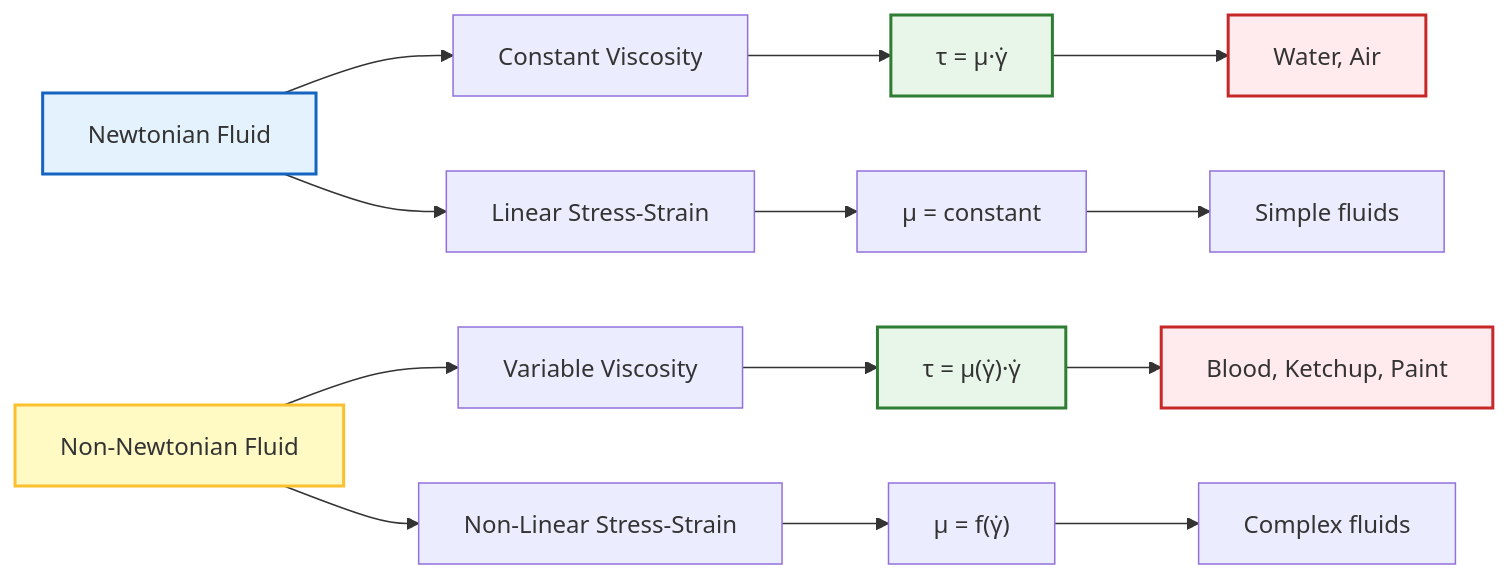
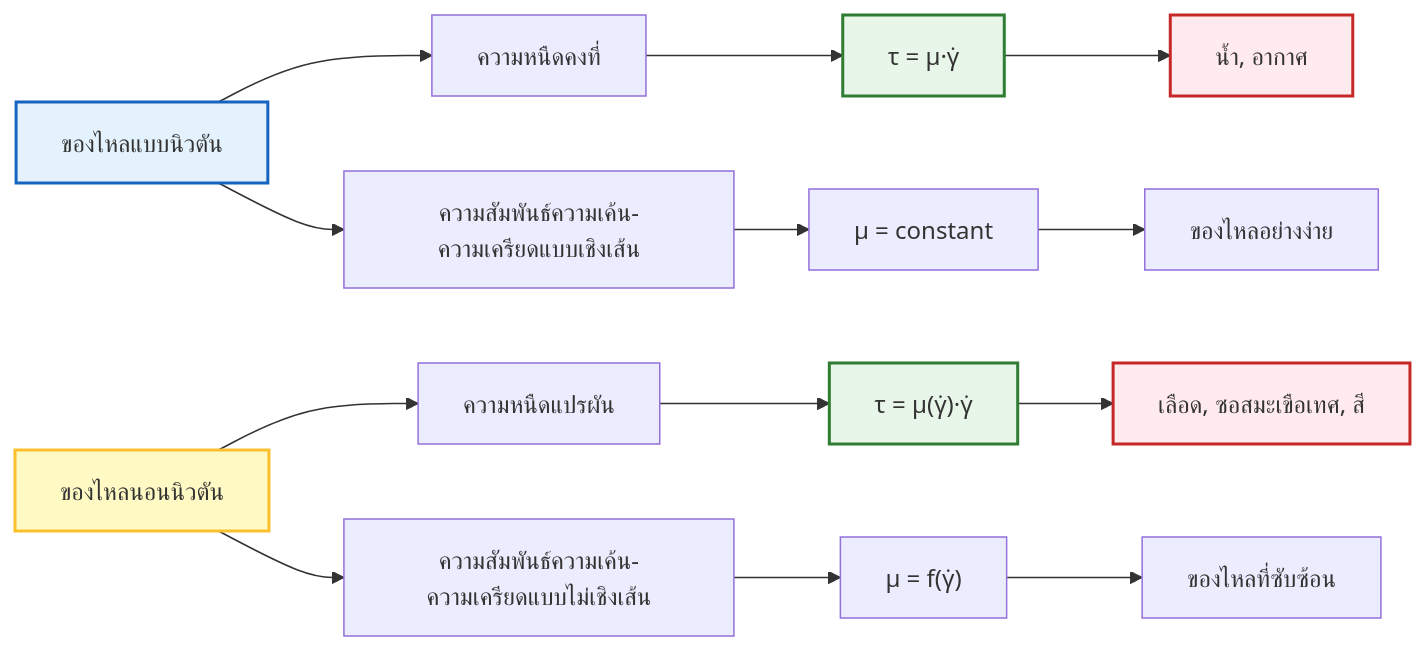
One commit to wramet/build-my-cfd changed the first of 4 diagrams in MODULE_06_ADVANCED_PHYSICS/CONTENT/04_NON_NEWTONIAN_FLUIDS/00_Overview.md. Above: the diagram before and after it, drawn with Mermaid. The commit also changed other lines of this file and 104 other files, not shown here.

````diff
--- a/MODULE_06_ADVANCED_PHYSICS/CONTENT/04_NON_NEWTONIAN_FLUIDS/00_Overview.md
+++ b/MODULE_06_ADVANCED_PHYSICS/CONTENT/04_NON_NEWTONIAN_FLUIDS/00_Overview.md
@@ -63,22 +63,22 @@
 ```mermaid
 graph LR
-    A["Newtonian Fluid"] --> B["Constant Viscosity"]
-    A --> C["Linear Stress-Strain"]
-    D["Non-Newtonian Fluid"] --> E["Variable Viscosity"]
-    D --> F["Non-Linear Stress-Strain"]
+    A["ของไหลแบบนิวตัน"] --> B["ความหนืดคงที่"]
+    A --> C["ความสัมพันธ์ความเค้น-ความเครียดแบบเชิงเส้น"]
+    D["ของไหลนอนนิวตัน"] --> E["ความหนืดแปรผัน"]
+    D --> F["ความสัมพันธ์ความเค้น-ความเครียดแบบไม่เชิงเส้น"]
     B --> G["τ = μ·γ̇"]
     E --> H["τ = μ(γ̇)·γ̇"]
     C --> I["μ = constant"]
     F --> J["μ = f(γ̇)"]
-    G --> K["Water, Air"]
-    H --> L["Blood, Ketchup, Paint"]
-    I --> M["Simple fluids"]
-    J --> N["Complex fluids"]
+    G --> K["น้ำ, อากาศ"]
+    H --> L["เลือด, ซอสมะเขือเทศ, สี"]
+    I --> M["ของไหลอย่างง่าย"]
+    J --> N["ของไหลที่ซับซ้อน"]
 
     style A fill:#e3f2fd,stroke:#1565c0,stroke-width:2px
     style D fill:#fff9c4,stroke:#fbc02d,stroke-width:2px
     style G fill:#e8f5e9,stroke:#2e7d32,stroke-width:2px
     style H fill:#e8f5e9,stroke:#2e7d32,stroke-width:2px
     style K fill:#ffebee,stroke:#c62828,stroke-width:2px
     style L fill:#ffebee,stroke:#c62828,stroke-width:2px
 ```
````
